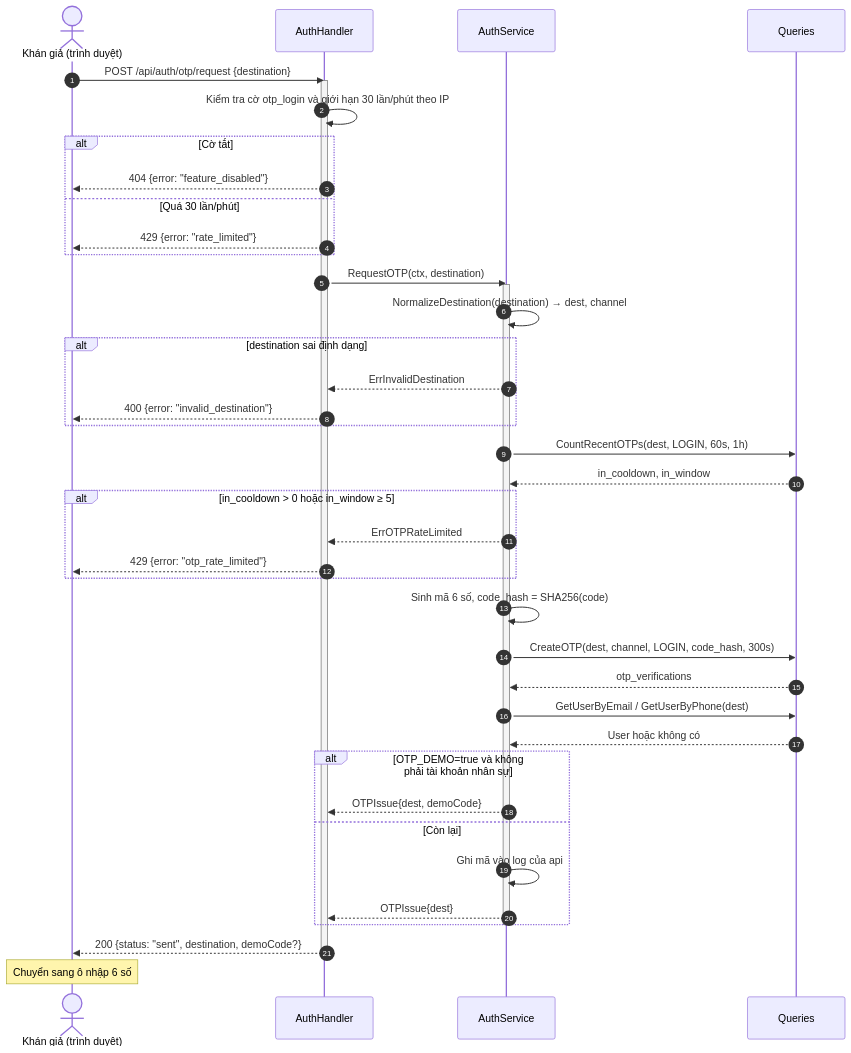
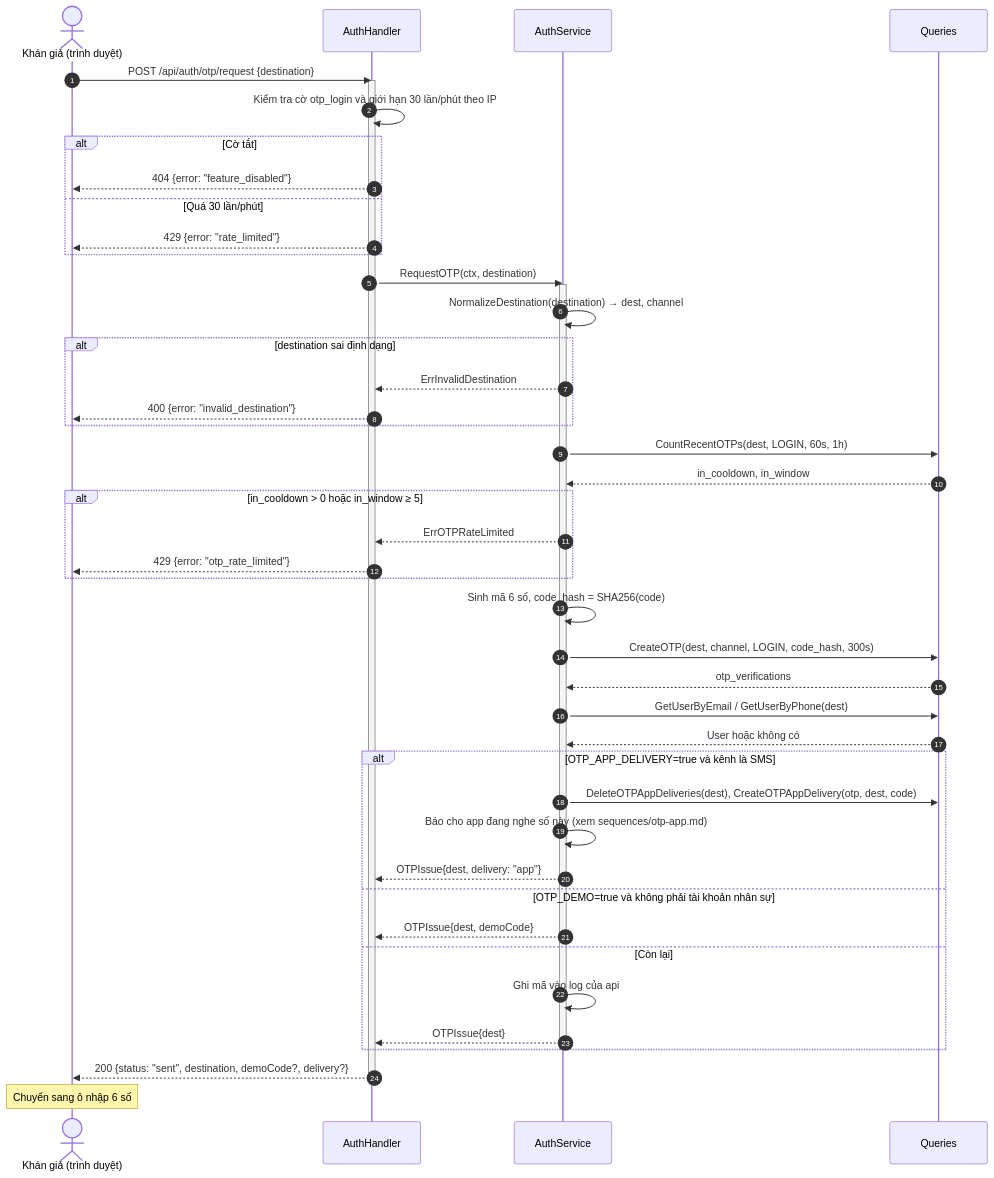
The first of 3 diagrams in docs/sequences/otp-login.md (nhansp/COSH301), drawn with Mermaid before and after one commit. The commit also changed other lines of this file and 4 other files, not shown here.

First line of the commit message:
docs: Add payment and OTP app sequences and fix hold diagrams

````diff
--- a/docs/sequences/otp-login.md
+++ b/docs/sequences/otp-login.md
@@ -54,50 +54,54 @@
 ```mermaid
 sequenceDiagram
     autonumber
     actor KG as Khán giả (trình duyệt)
     participant H as AuthHandler
     participant S as AuthService
     participant Q as Queries
 
     KG->>H: POST /api/auth/otp/request {destination}
     activate H
     H->>H: Kiểm tra cờ otp_login và giới hạn 30 lần/phút theo IP
     alt Cờ tắt
         H-->>KG: 404 {error: "feature_disabled"}
     else Quá 30 lần/phút
         H-->>KG: 429 {error: "rate_limited"}
     end
 
     H->>S: RequestOTP(ctx, destination)
     activate S
     S->>S: NormalizeDestination(destination) → dest, channel
     alt destination sai định dạng
         S-->>H: ErrInvalidDestination
         H-->>KG: 400 {error: "invalid_destination"}
     end
 
     S->>Q: CountRecentOTPs(dest, LOGIN, 60s, 1h)
     Q-->>S: in_cooldown, in_window
     alt in_cooldown > 0 hoặc in_window ≥ 5
         S-->>H: ErrOTPRateLimited
         H-->>KG: 429 {error: "otp_rate_limited"}
     end
 
     S->>S: Sinh mã 6 số, code_hash = SHA256(code)
     S->>Q: CreateOTP(dest, channel, LOGIN, code_hash, 300s)
     Q-->>S: otp_verifications
 
     S->>Q: GetUserByEmail / GetUserByPhone(dest)
     Q-->>S: User hoặc không có
 
-    alt OTP_DEMO=true và không phải tài khoản nhân sự
+    alt OTP_APP_DELIVERY=true và kênh là SMS
+        S->>Q: DeleteOTPAppDeliveries(dest), CreateOTPAppDelivery(otp, dest, code)
+        S->>S: Báo cho app đang nghe số này (xem sequences/otp-app.md)
+        S-->>H: OTPIssue{dest, delivery: "app"}
+    else OTP_DEMO=true và không phải tài khoản nhân sự
         S-->>H: OTPIssue{dest, demoCode}
     else Còn lại
         S->>S: Ghi mã vào log của api
         S-->>H: OTPIssue{dest}
     end
     deactivate S
-    H-->>KG: 200 {status: "sent", destination, demoCode?}
+    H-->>KG: 200 {status: "sent", destination, demoCode?, delivery?}
     deactivate H
     Note over KG: Chuyển sang ô nhập 6 số
 ```
````
